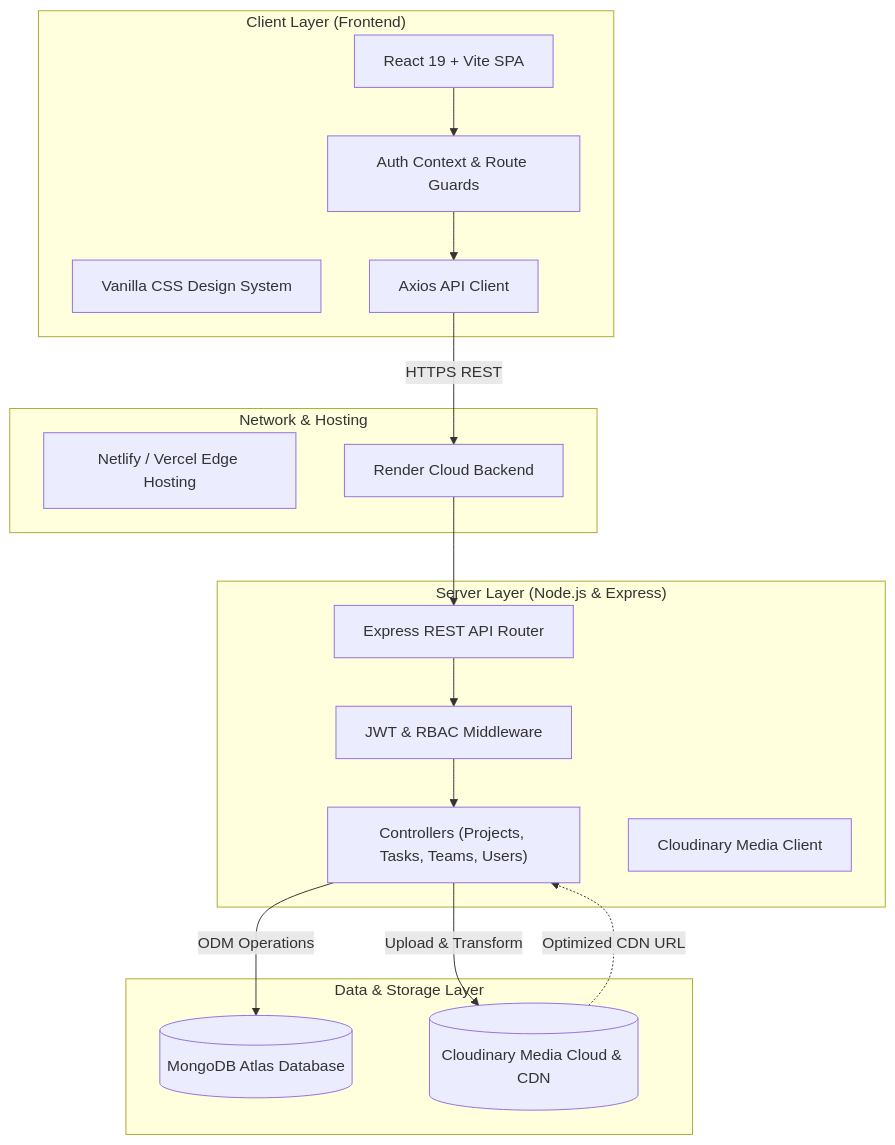
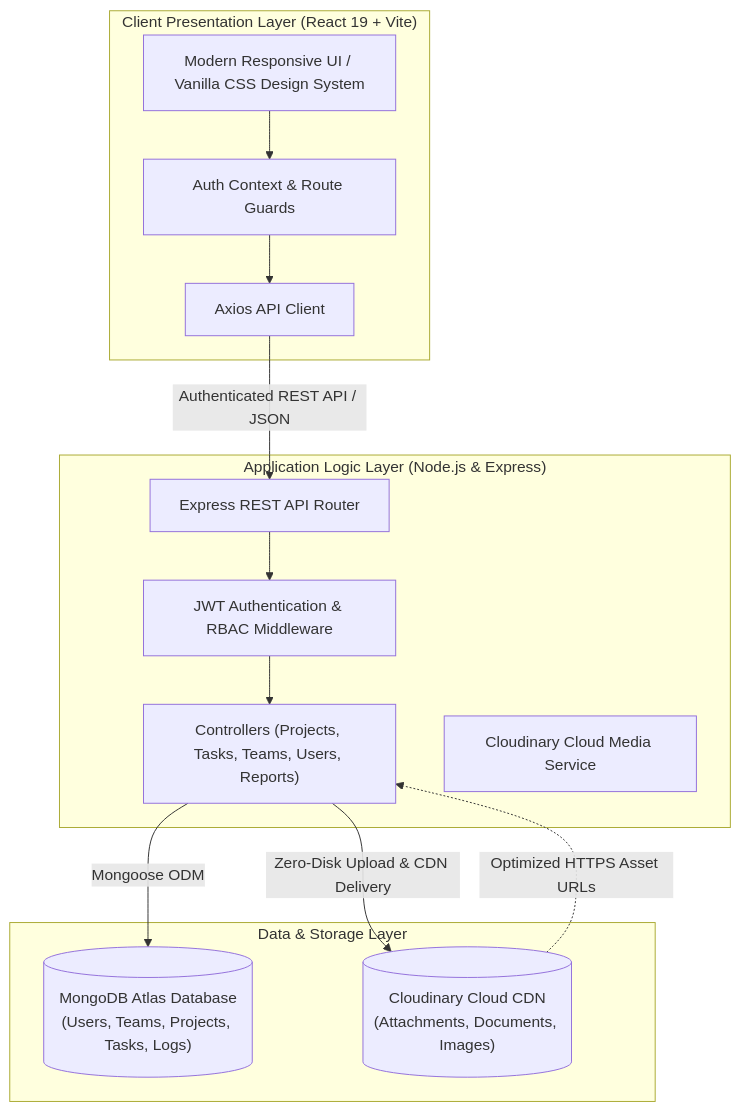
Before and after one commit to yashika-1406/TaskFlow: the diagram in README.md, drawn with Mermaid. The commit also changed other lines of this file and 2 other files, not shown here.

````diff
--- a/README.md
+++ b/README.md
@@ -99,34 +36,27 @@
 ```mermaid
 graph TD
-    subgraph ClientLayer ["Client Layer (Frontend)"]
-        UI["React 19 + Vite SPA"]
-        Styles["Vanilla CSS Design System"]
+    subgraph ClientLayer ["Client Presentation Layer (React 19 + Vite)"]
+        UI["Modern Responsive UI / Vanilla CSS Design System"]
         AuthContext["Auth Context & Route Guards"]
         APIService["Axios API Client"]
     end
 
-    subgraph Gateway ["Network & Hosting"]
-        Netlify["Netlify / Vercel Edge Hosting"]
-        Render["Render Cloud Backend"]
+    subgraph ServerLayer ["Application Logic Layer (Node.js & Express)"]
+        Router["Express REST API Router"]
+        AuthMid["JWT Authentication & RBAC Middleware"]
+        Controllers["Controllers (Projects, Tasks, Teams, Users, Reports)"]
+        CloudConfig["Cloudinary Cloud Media Service"]
     end
 
-    subgraph ServerLayer ["Server Layer (Node.js & Express)"]
-        Router["Express REST API Router"]
-        AuthMid["JWT & RBAC Middleware"]
-        Controllers["Controllers (Projects, Tasks, Teams, Users)"]
-        CloudConfig["Cloudinary Media Client"]
-    end
-
-    subgraph StorageLayer ["Data & Storage Layer"]
-        MongoDB[("MongoDB Atlas Database")]
-        CloudinaryCDN[("Cloudinary Media Cloud & CDN")]
+    subgraph DataLayer ["Data & Storage Layer"]
+        MongoDB[("MongoDB Atlas Database\n(Users, Teams, Projects, Tasks, Logs)")]
+        CloudinaryCDN[("Cloudinary Cloud CDN\n(Attachments, Documents, Images)")]
     end
 
     UI --> AuthContext --> APIService
-    APIService -->|HTTPS REST| Render
-    Render --> Router
+    APIService -->|Authenticated REST API / JSON| Router
     Router --> AuthMid --> Controllers
-    Controllers -->|ODM Operations| MongoDB
-    Controllers -->|Upload & Transform| CloudinaryCDN
-    CloudinaryCDN -.->|Optimized CDN URL| Controllers
+    Controllers -->|Mongoose ODM| MongoDB
+    Controllers -->|Zero-Disk Upload & CDN Delivery| CloudinaryCDN
+    CloudinaryCDN -.->|Optimized HTTPS Asset URLs| Controllers
 ```
````
